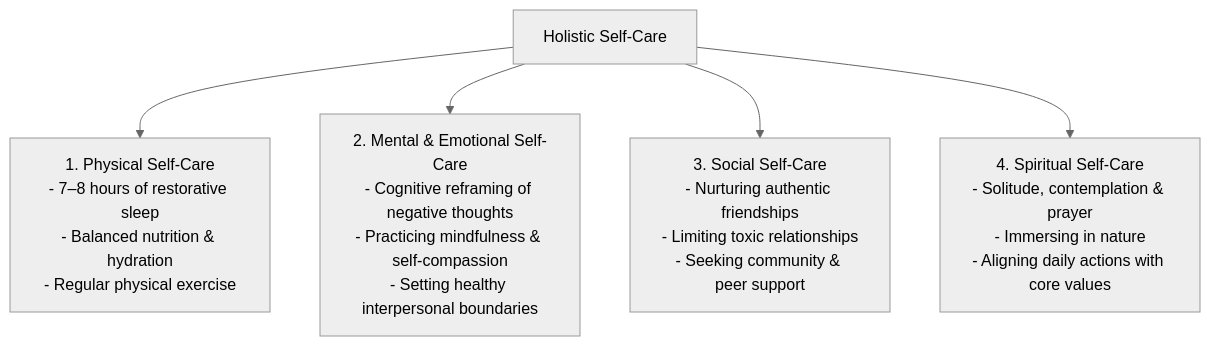
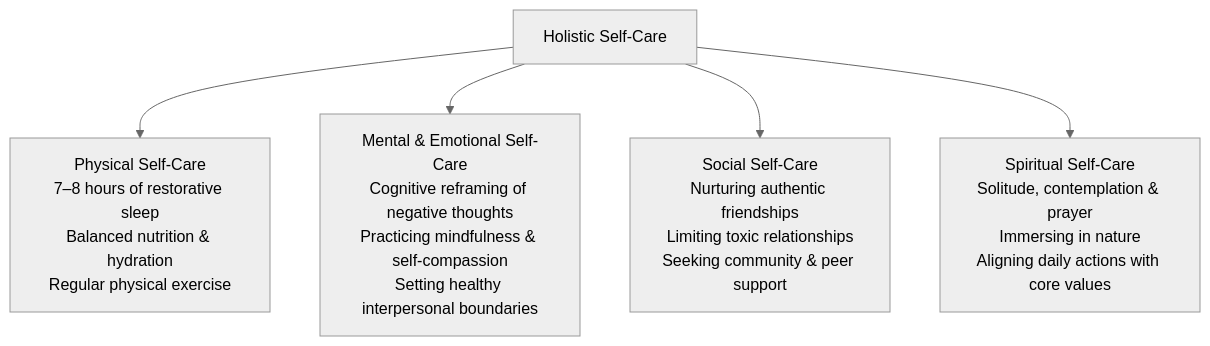
Before and after one commit to aidocmr/learn-bscs: the fifth of 5 diagrams in content/Year 1/Understanding the Self/15. Managing Stress and Taking Care of the Self.md, drawn with Mermaid (neutral theme). The commit also changed other lines of this file and 20 other files, not shown here.

First line of the commit message:
fix: Remove markdown lists and numbered prefixes from all Mermaid diagrams

````diff
--- a/content/Year 1/Understanding the Self/15. Managing Stress and Taking Care of the Self.md
+++ b/content/Year 1/Understanding the Self/15. Managing Stress and Taking Care of the Self.md
@@ -97,7 +97,7 @@
 ```mermaid
 flowchart TD
-    SelfCare["Holistic Self-Care"] --> Phys["1. Physical Self-Care<br/>- 7–8 hours of restorative sleep<br/>- Balanced nutrition & hydration<br/>- Regular physical exercise"]
-    SelfCare --> Ment["2. Mental & Emotional Self-Care<br/>- Cognitive reframing of negative thoughts<br/>- Practicing mindfulness & self-compassion<br/>- Setting healthy interpersonal boundaries"]
-    SelfCare --> Soc["3. Social Self-Care<br/>- Nurturing authentic friendships<br/>- Limiting toxic relationships<br/>- Seeking community & peer support"]
-    SelfCare --> Spir["4. Spiritual Self-Care<br/>- Solitude, contemplation & prayer<br/>- Immersing in nature<br/>- Aligning daily actions with core values"]
+    SelfCare["Holistic Self-Care"] --> Phys["Physical Self-Care<br/>7–8 hours of restorative sleep<br/>Balanced nutrition & hydration<br/>Regular physical exercise"]
+    SelfCare --> Ment["Mental & Emotional Self-Care<br/>Cognitive reframing of negative thoughts<br/>Practicing mindfulness & self-compassion<br/>Setting healthy interpersonal boundaries"]
+    SelfCare --> Soc["Social Self-Care<br/>Nurturing authentic friendships<br/>Limiting toxic relationships<br/>Seeking community & peer support"]
+    SelfCare --> Spir["Spiritual Self-Care<br/>Solitude, contemplation & prayer<br/>Immersing in nature<br/>Aligning daily actions with core values"]
 ```
````
